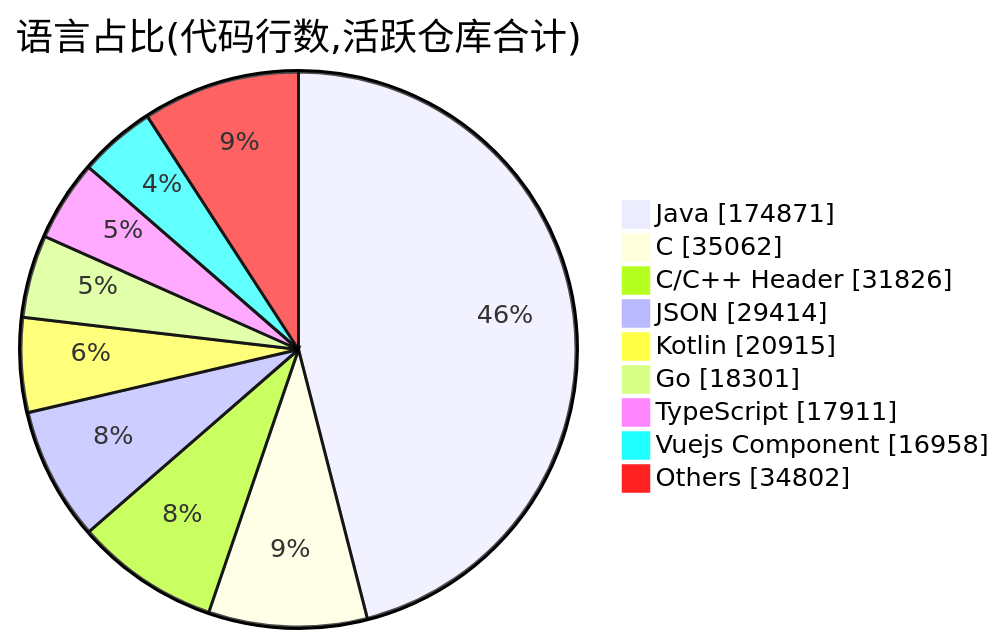
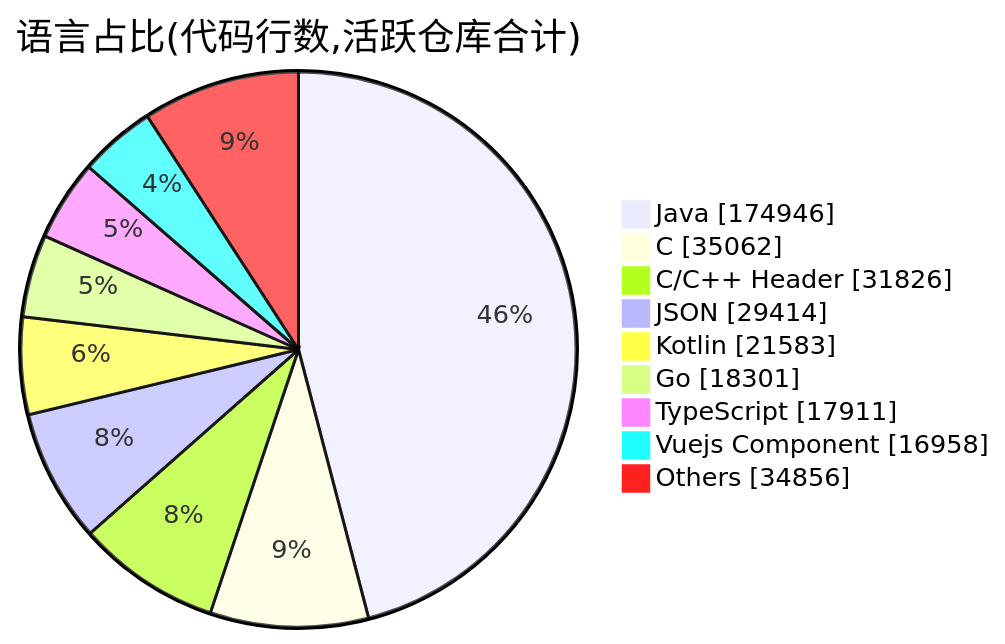
Before and after one commit to Conflux-Union/.github: the second of 2 diagrams in profile/README.md, drawn with Mermaid. The commit also changed other lines of this file and 1 other file, not shown here.

````diff
--- a/profile/README.md
+++ b/profile/README.md
@@ -80,13 +80,13 @@
 ```mermaid
 pie showData
     title 语言占比(代码行数,活跃仓库合计)
-    "Java" : 174871
+    "Java" : 174946
     "C" : 35062
     "C/C++ Header" : 31826
     "JSON" : 29414
-    "Kotlin" : 20915
+    "Kotlin" : 21583
     "Go" : 18301
     "TypeScript" : 17911
     "Vuejs Component" : 16958
-    "Others" : 34802
+    "Others" : 34856
 ```
````
